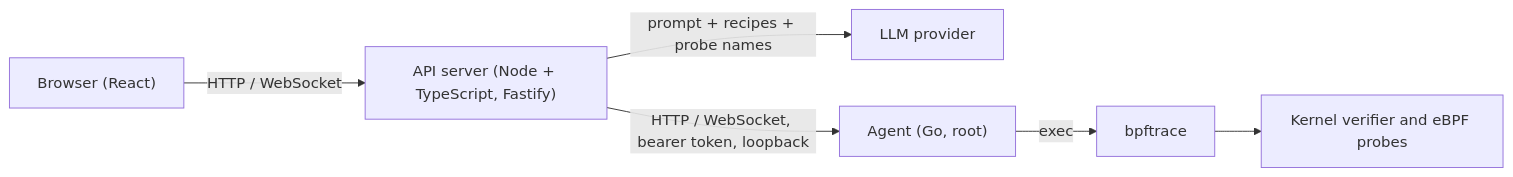
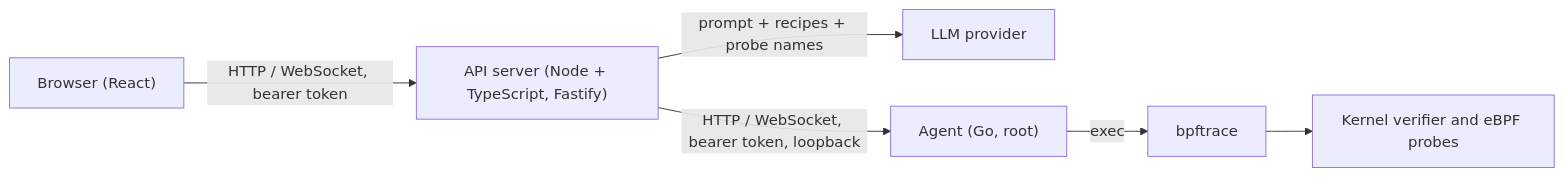
Before and after one commit to faizan1250/vBPF: the diagram in README.md, drawn with Mermaid. The commit also changed other lines of this file and 24 other files, not shown here.

First line of the commit message:
feat(api-auth): bearer-token gate on all API routes

````diff
--- a/README.md
+++ b/README.md
@@ -123,8 +123,8 @@
 ```mermaid
 flowchart LR
-  B["Browser (React)"] -- "HTTP / WebSocket" --> A["API server (Node + TypeScript, Fastify)"]
+  B["Browser (React)"] -- "HTTP / WebSocket, bearer token" --> A["API server (Node + TypeScript, Fastify)"]
   A -- "prompt + recipes + probe names" --> L["LLM provider"]
   A -- "HTTP / WebSocket, bearer token, loopback" --> G["Agent (Go, root)"]
   G -- "exec" --> T["bpftrace"]
   T --> K["Kernel verifier and eBPF probes"]
 ```
````
